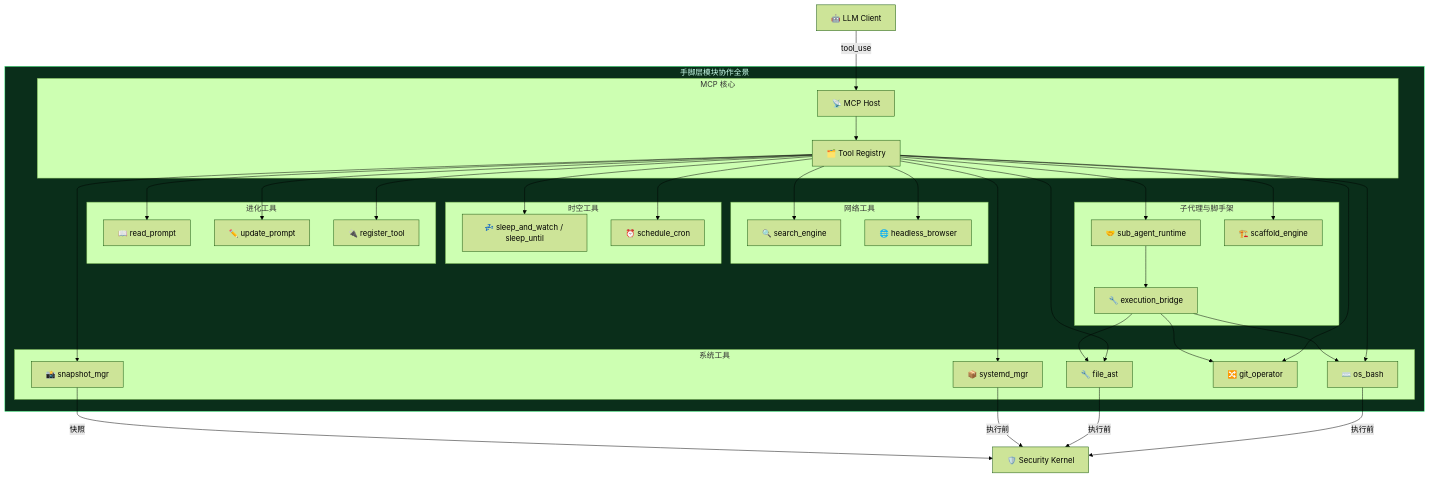
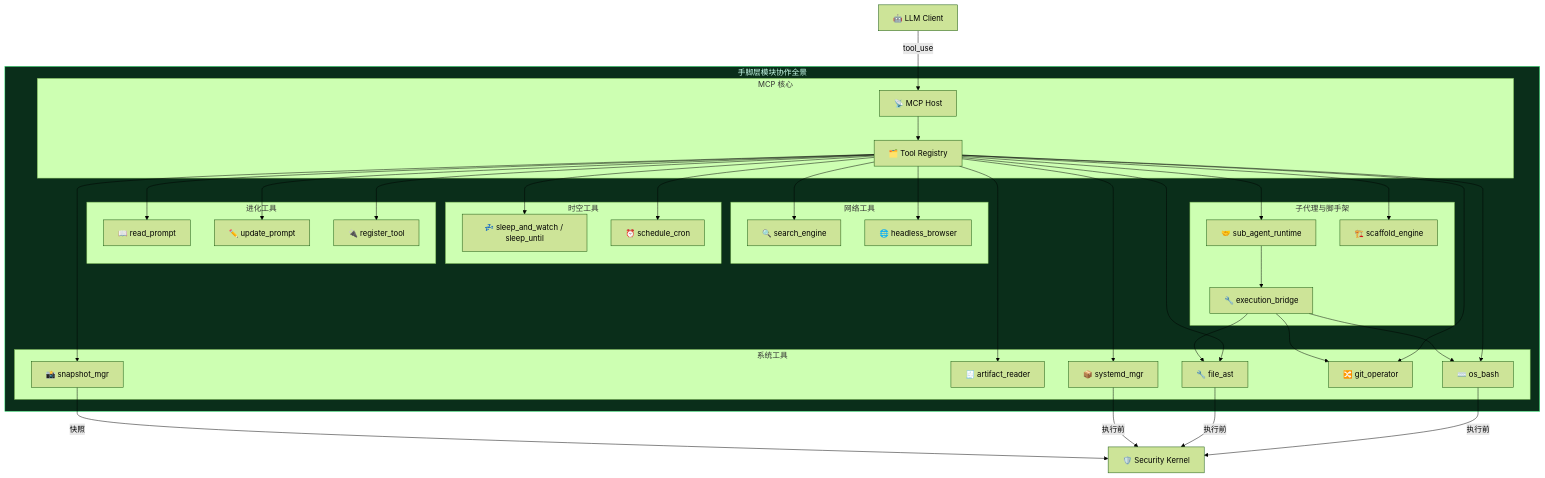
Before and after one commit to Yidhar/Embla_System: diagram 17 of 17 in doc/12-limbs-layer-modules.md, drawn with Mermaid (forest theme). The commit also changed other lines of this file and 13 other files, not shown here.

Commit message:
docs: refresh architecture specs and security blindspot baseline

````diff
--- a/doc/12-limbs-layer-modules.md
+++ b/doc/12-limbs-layer-modules.md
@@ -725,55 +905,56 @@
 ```mermaid
 flowchart TB
     subgraph Limbs["手脚层模块协作全景"]
         subgraph MCP_Core["MCP 核心"]
             HOST["📡 MCP Host"]
             REG["🗂️ Tool Registry"]
         end
 
         subgraph SysMCP["系统工具"]
             BASH["⌨️ os_bash"]
+            ART_R["🧾 artifact_reader"]
             AST_["🔧 file_ast"]
             SYS["📦 systemd_mgr"]
             GIT_["🔀 git_operator"]
             SNAP_["📸 snapshot_mgr"]
         end
 
         subgraph WebMCP["网络工具"]
             SEARCH_["🔍 search_engine"]
             BROWSER_["🌐 headless_browser"]
         end
 
         subgraph TimeMCP["时空工具"]
             SLEEP_["💤 sleep_and_watch / sleep_until"]
             CRON_["⏰ schedule_cron"]
         end
 
         subgraph EvoMCP["进化工具"]
             READ_P_["📖 read_prompt"]
             UPDATE_P_["✏️ update_prompt"]
             REG_TOOL_["🔌 register_tool"]
         end
 
         subgraph SubAgentFabric["子代理与脚手架"]
             SA_RUNTIME_["🤝 sub_agent_runtime"]
             SCAFFOLD_["🏗️ scaffold_engine"]
             EXEC_BRIDGE_["🔧 execution_bridge"]
         end
     end
 
     LLM["🤖 LLM Client"] -->|"tool_use"| HOST
     HOST --> REG
-    REG --> BASH & AST_ & SYS & GIT_ & SNAP_
+    REG --> BASH & ART_R & AST_ & SYS & GIT_ & SNAP_
     REG --> SEARCH_ & BROWSER_
     REG --> SLEEP_ & CRON_
     REG --> READ_P_ & UPDATE_P_ & REG_TOOL_
     REG --> SA_RUNTIME_ & SCAFFOLD_
     SA_RUNTIME_ --> EXEC_BRIDGE_
     EXEC_BRIDGE_ --> AST_ & BASH & GIT_
 
     %% 安全连线
     BASH & AST_ & SYS -->|"执行前"| SEC["🛡️ Security Kernel"]
     SNAP_ -->|"快照"| SEC
 
     style Limbs fill:#0a2e1a,stroke:#44ff88,color:#ccffee
 ```
````
